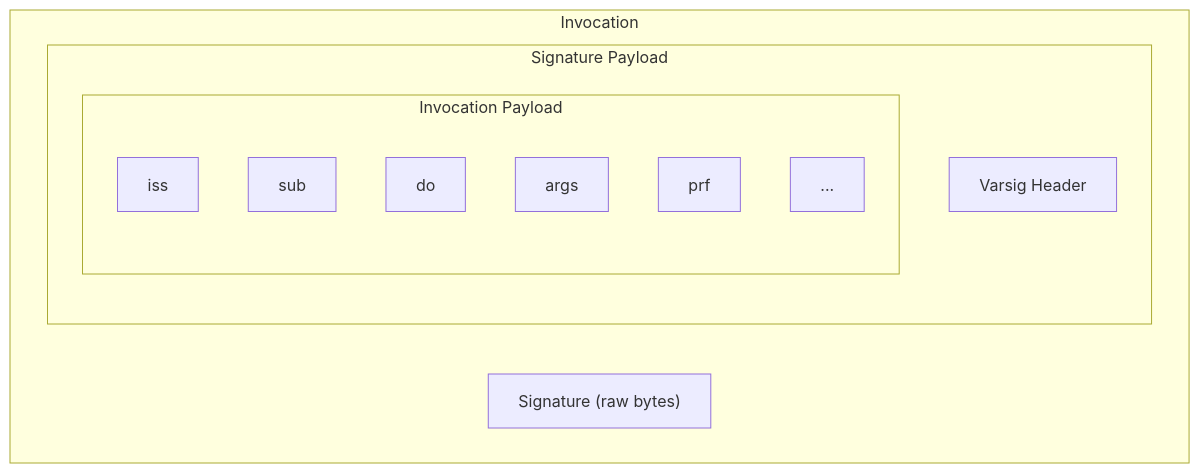
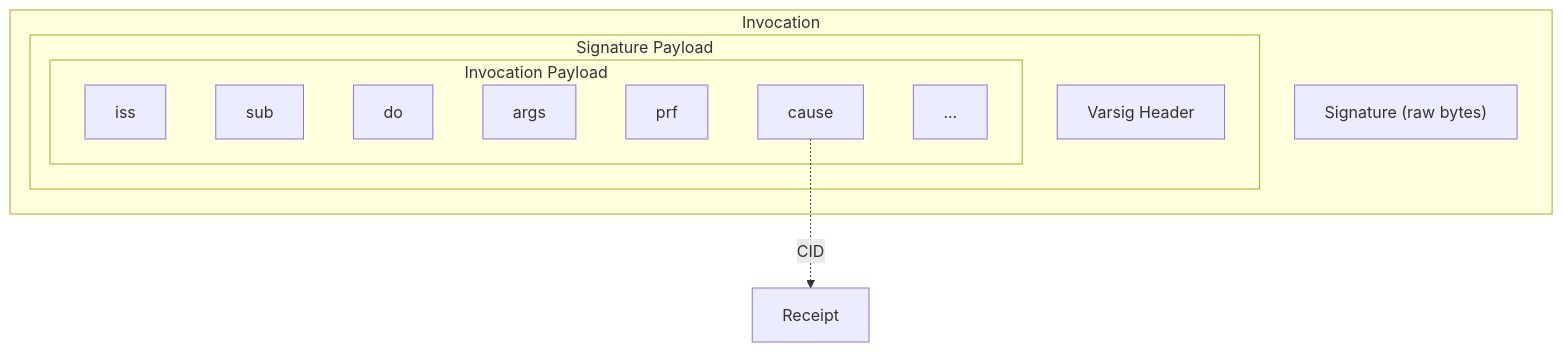
The fourth of 7 diagrams in README.md (ucan-wg/invocation), drawn with Mermaid before and after one commit. The commit also changed other lines of this file, not shown here.

Commit message:
Add same

````diff
--- a/README.md
+++ b/README.md
@@ -207,19 +207,22 @@
 ``` mermaid
 flowchart TD
     subgraph Invocation
         SignatureBytes["Signature (raw bytes)"]
       
         subgraph SigPayload ["Signature Payload"]
             VarsigHeader["Varsig Header"]
 
             subgraph InvocationPayload ["Invocation Payload"]
                 iss
                 sub
                 do
                 args
                 prf
+                cause
                 etc["..."]
             end
         end
     end
+    
+    cause -.->|CID| Receipt
 ```
````
